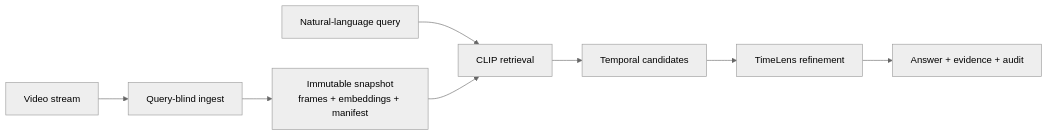
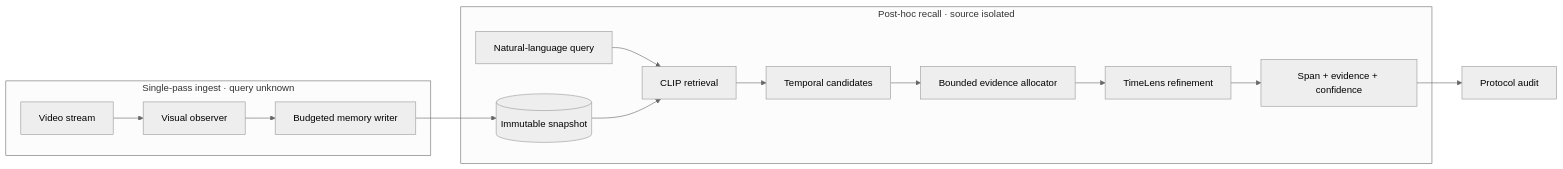
The diagram in README.md (Viiitoo/StreamRecall), drawn with Mermaid (neutral theme) before and after one commit. The commit also changed other lines of this file and 3 other files, not shown here.

````diff
--- a/README.md
+++ b/README.md
@@ -27,10 +49,20 @@
 ```mermaid
 flowchart LR
-    V[Video stream] --> I[Query-blind ingest]
-    I --> S[Immutable snapshot<br/>frames + embeddings + manifest]
-    Q[Natural-language query] --> R[CLIP retrieval]
-    S --> R
-    R --> C[Temporal candidates]
-    C --> T[TimeLens refinement]
-    T --> A[Answer + evidence + audit]
+    subgraph Ingest[Single-pass ingest · query unknown]
+        V[Video stream] --> O[Visual observer]
+        O --> M[Budgeted memory writer]
+    end
+
+    M --> S[(Immutable snapshot)]
+
+    subgraph Recall[Post-hoc recall · source isolated]
+        Q[Natural-language query] --> R[CLIP retrieval]
+        S --> R
+        R --> C[Temporal candidates]
+        C --> F[Bounded evidence allocator]
+        F --> T[TimeLens refinement]
+        T --> A[Span + evidence + confidence]
+    end
+
+    A --> U[Protocol audit]
 ```
````
